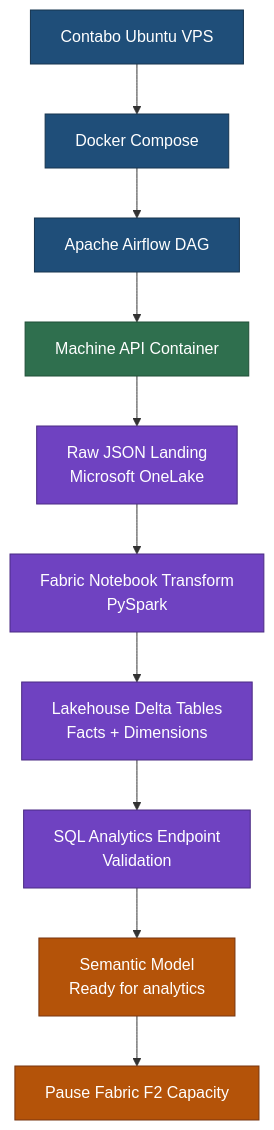
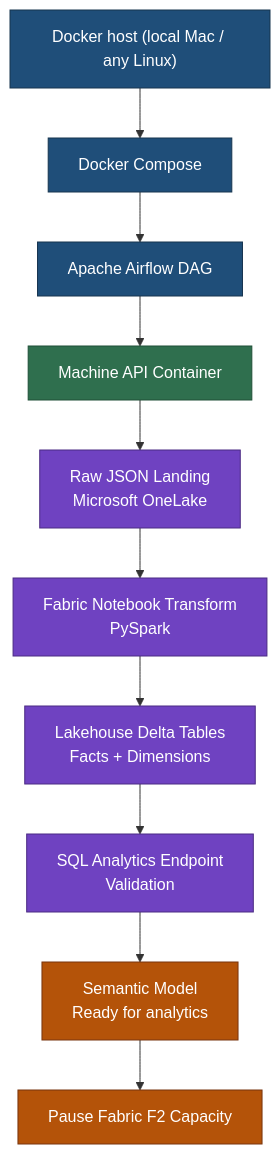
The first of 3 diagrams in README.md (Tuaaut/airflow-fabric-iot-pipeline), drawn with Mermaid before and after one commit. The commit also changed other lines of this file and 3 other files, not shown here.

First line of the commit message:
docs: finish VPS->local consistency pass

````diff
--- a/README.md
+++ b/README.md
@@ -44,22 +44,22 @@
 ```mermaid
 flowchart TD
-    A["Contabo Ubuntu VPS"] --> B["Docker Compose"]
+    A["Docker host (local Mac / any Linux)"] --> B["Docker Compose"]
     B --> C["Apache Airflow DAG"]
     C --> D["Machine API Container"]
     D --> E["Raw JSON Landing<br/>Microsoft OneLake"]
     E --> F["Fabric Notebook Transform<br/>PySpark"]
     F --> G["Lakehouse Delta Tables<br/>Facts + Dimensions"]
     G --> H["SQL Analytics Endpoint<br/>Validation"]
     H --> I["Semantic Model<br/>Ready for analytics"]
     I --> J["Pause Fabric F2 Capacity"]
 
     classDef orchestrator fill:#1f4e79,stroke:#16344f,color:#fff;
     classDef source fill:#2f6f4e,stroke:#1f4f37,color:#fff;
     classDef fabric fill:#6f42c1,stroke:#4b2b83,color:#fff;
     classDef semantic fill:#b45309,stroke:#78350f,color:#fff;
 
     class A,B,C orchestrator;
     class D source;
     class E,F,G,H fabric;
     class I,J semantic;
 ```
````
